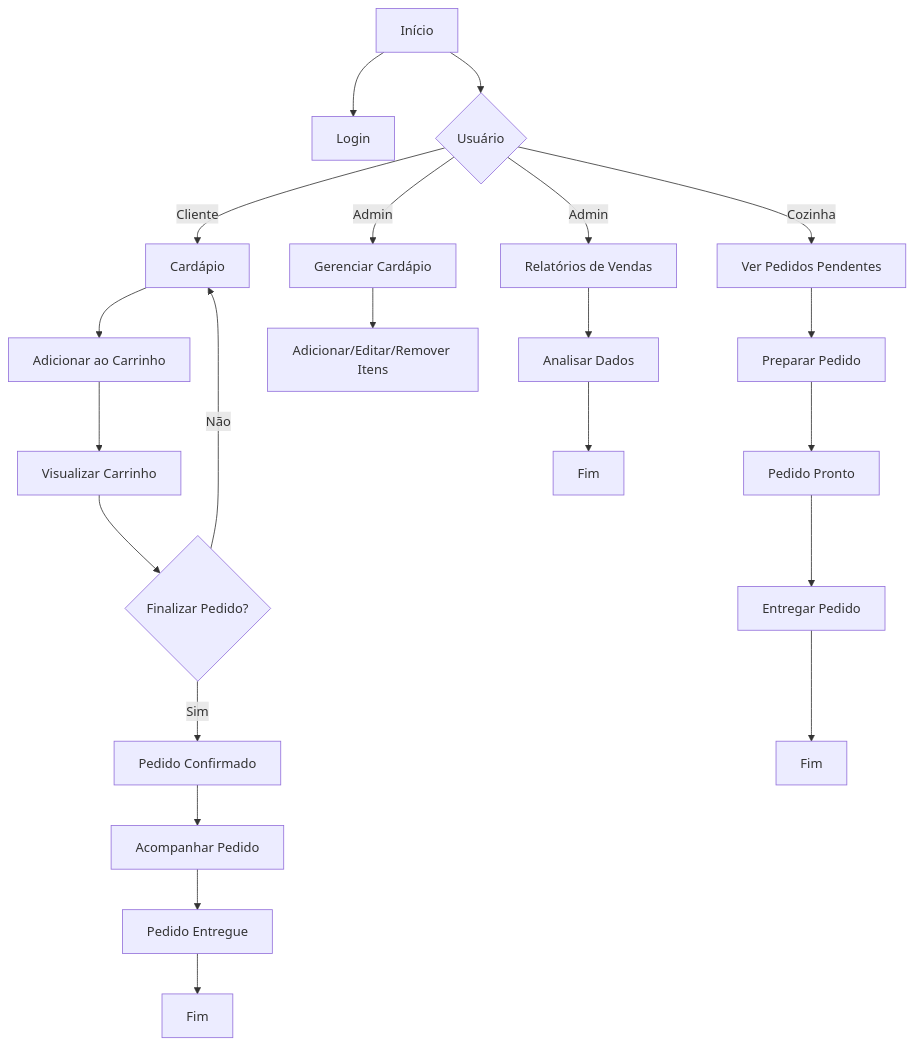
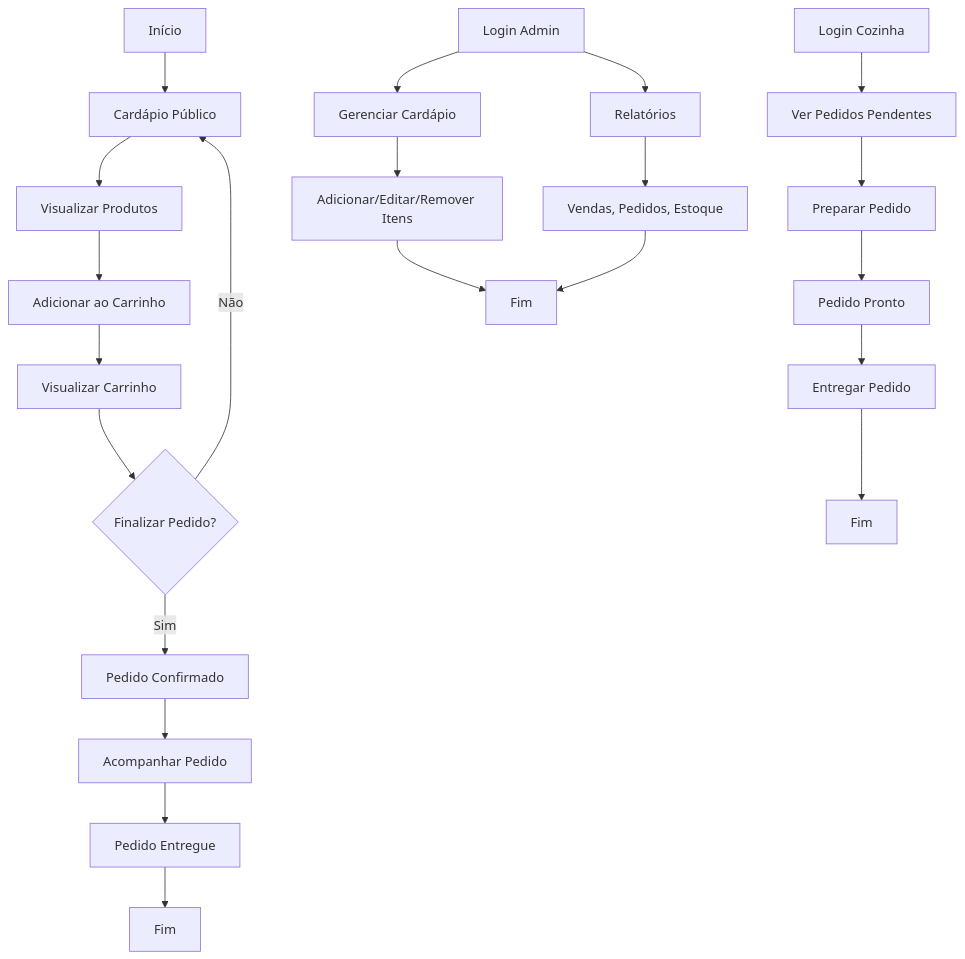
Before and after one commit to devgabrielbenayon/TrabalhoCallidus01: the diagram in README.md, drawn with Mermaid.

Commit message:
readme flowchart update v3

````diff
--- a/README.md
+++ b/README.md
@@ -20,26 +20,32 @@
 ```mermaid
 flowchart TD
-    A[Início] --> B[Login]
-    A --> C{Usuário}
-    C -->|Cliente| D[Cardápio]
-    D --> E[Adicionar ao Carrinho]
-    E --> F[Visualizar Carrinho]
+    A["Início"] --> B["Cardápio Público"]
+    B --> D["Visualizar Produtos"]
+    D --> E["Adicionar ao Carrinho"]
+    E --> F["Visualizar Carrinho"]
     F --> G{Finalizar Pedido?}
-    G -->|Sim| H[Pedido Confirmado]
-    G -->|Não| D
-    H --> I[Acompanhar Pedido]
-    I --> J[Pedido Entregue]
-    J --> K[Fim]
-
-    C -->|Cozinha| L[Ver Pedidos Pendentes]
-    L --> M[Preparar Pedido]
-    M --> N[Pedido Pronto]
-    N --> O[Entregar Pedido]
-    O --> P[Fim]
-
-    C -->|Admin| Q[Gerenciar Cardápio]
-    Q --> R[Adicionar/Editar/Remover Itens]
-    C -->|Admin| U[Relatórios de Vendas]
-    U --> V[Analisar Dados]
-    V --> W[Fim]
+    
+    G -->|Sim| J["Pedido Confirmado"]
+    G -->|Não| B
+    
+    J --> K["Acompanhar Pedido"]
+    K --> L["Pedido Entregue"]
+    L --> M["Fim"]
+    
+    %% Fluxo da Cozinha
+    P["Login Cozinha"] --> Q["Ver Pedidos Pendentes"]
+    Q --> R["Preparar Pedido"]
+    R --> S["Pedido Pronto"]
+    S --> T["Entregar Pedido"]
+    T --> U["Fim"]
+    
+    %% Fluxo do Admin
+    V["Login Admin"] --> W["Gerenciar Cardápio"]
+    V --> AD["Relatórios"]
+    
+    W --> X["Adicionar/Editar/Remover Itens"]
+    X --> AC["Fim"]
+    
+    AD --> AE["Vendas, Pedidos, Estoque"]
+    AE --> AC["Fim"]
 ```
````
